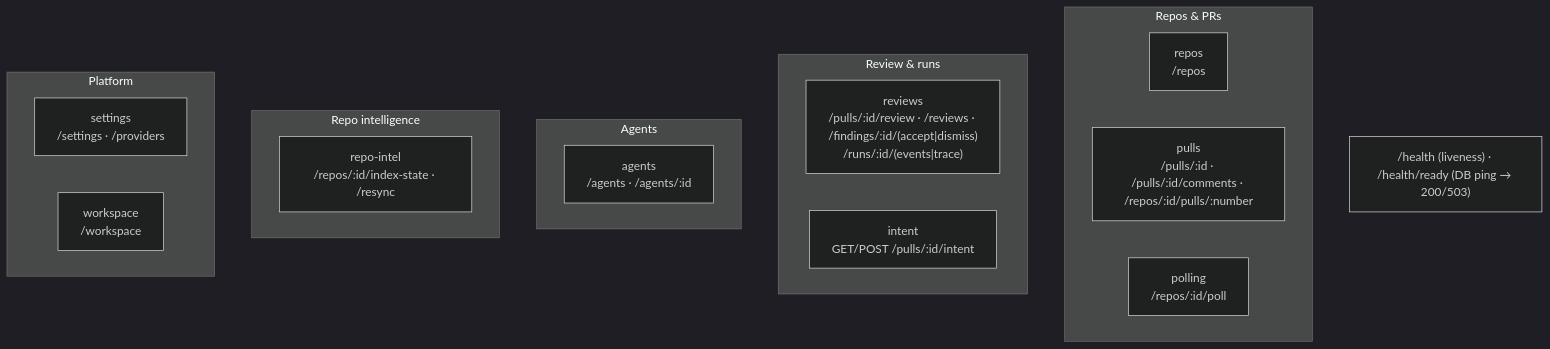
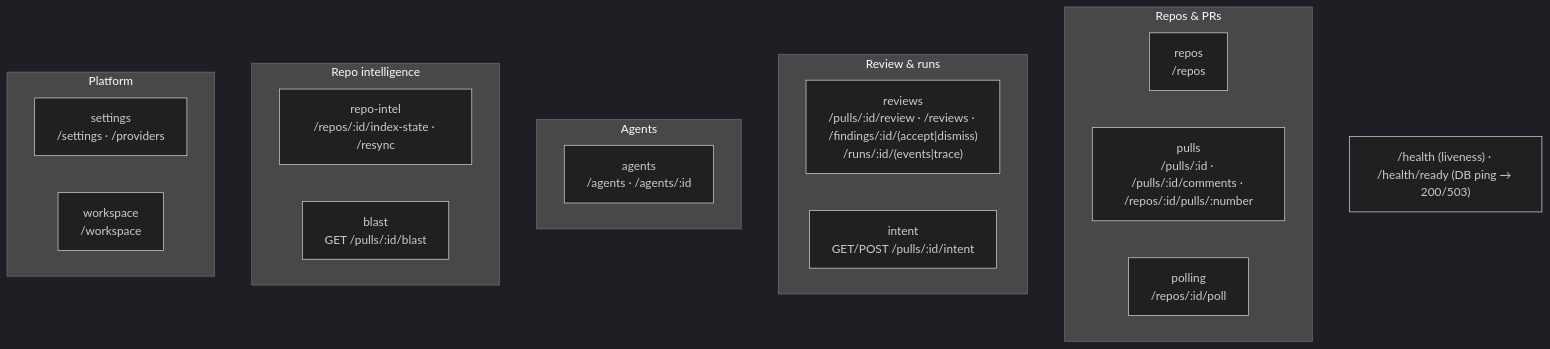
One commit to BalakaMd/dev-digest changed the second of 2 diagrams in server/README.md. Above: the diagram before and after it, drawn with Mermaid (dark theme). The commit also changed other lines of this file and 50 other files, not shown here.

````diff
--- a/server/README.md
+++ b/server/README.md
@@ -64,23 +64,24 @@
 ```mermaid
 flowchart TB
   subgraph Repos_PRs["Repos & PRs"]
     repos["repos<br/>/repos"]
     pulls["pulls<br/>/pulls/:id · /pulls/:id/comments · /repos/:id/pulls/:number"]
     polling["polling<br/>/repos/:id/poll"]
   end
   subgraph Review["Review & runs"]
     reviews["reviews<br/>/pulls/:id/review · /reviews · /findings/:id/(accept|dismiss)<br/>/runs/:id/(events|trace)"]
     intent["intent<br/>GET/POST /pulls/:id/intent"]
   end
   subgraph Agents["Agents"]
     agents["agents<br/>/agents · /agents/:id"]
   end
   subgraph Intel["Repo intelligence"]
     repoIntel["repo-intel<br/>/repos/:id/index-state · /resync"]
+    blast["blast<br/>GET /pulls/:id/blast"]
   end
   subgraph Platform["Platform"]
     settings["settings<br/>/settings · /providers"]
     workspace["workspace<br/>/workspace"]
   end
   HEALTH["/health (liveness) · /health/ready (DB ping → 200/503)"]
 ```
````
